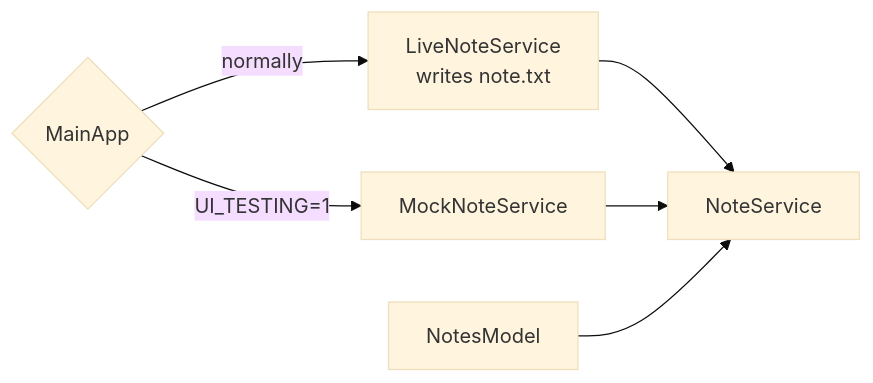
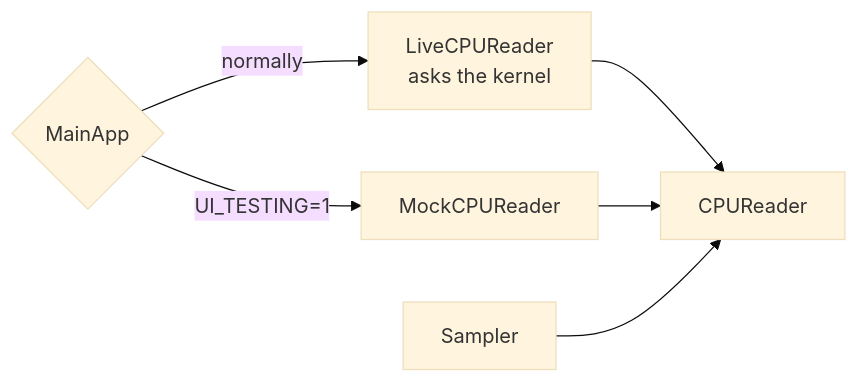
Before and after one commit to chengzi-io/macos-swiftui-spm-template: the first of 5 diagrams in docs/ARCHITECTURE.md, drawn with Mermaid (base theme). The commit also changed other lines of this file and 4 other files, not shown here.

````diff
--- a/docs/ARCHITECTURE.md
+++ b/docs/ARCHITECTURE.md
@@ -25,9 +25,9 @@
 ```mermaid
 flowchart LR
     MainApp{"MainApp"}
-    MainApp -->|normally| Live["LiveNoteService<br/>writes note.txt"]
-    MainApp -->|UI_TESTING=1| Mock["MockNoteService"]
-    Live --> Protocol["NoteService"]
+    MainApp -->|normally| Live["LiveCPUReader<br/>asks the kernel"]
+    MainApp -->|UI_TESTING=1| Mock["MockCPUReader"]
+    Live --> Protocol["CPUReader"]
     Mock --> Protocol
-    Model["NotesModel"] --> Protocol
+    Sampler["Sampler"] --> Protocol
 ```
````
